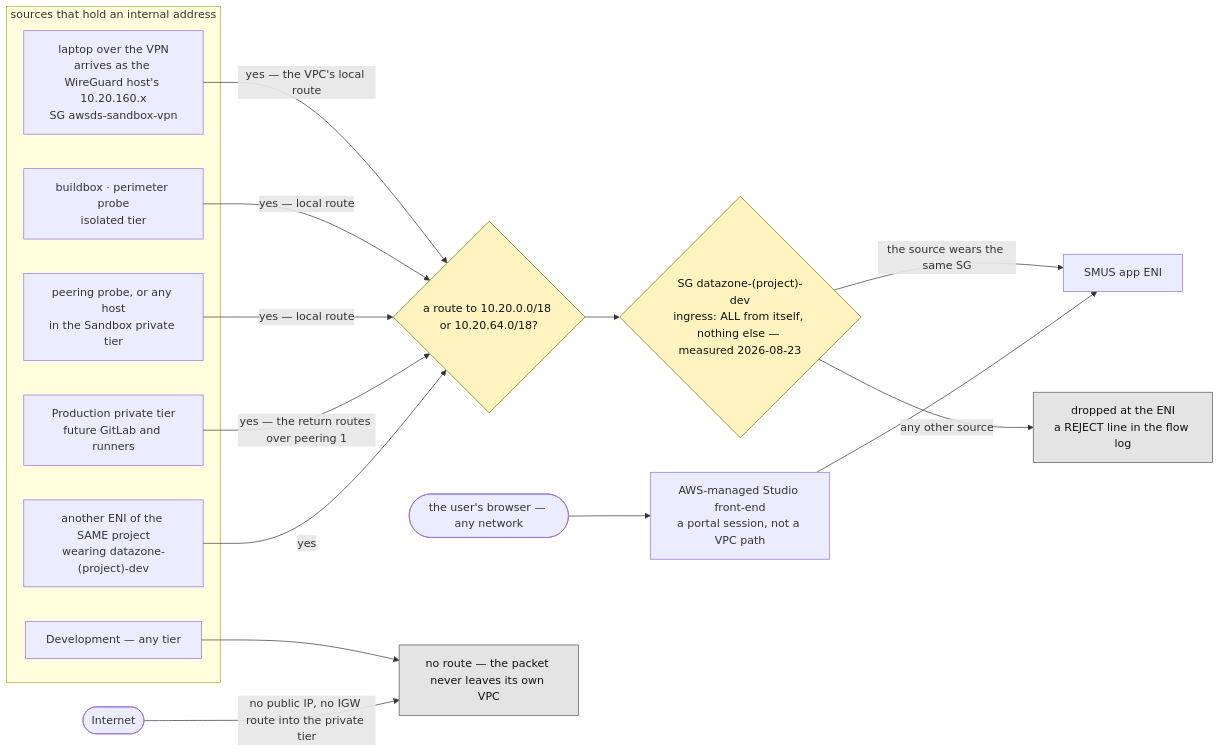
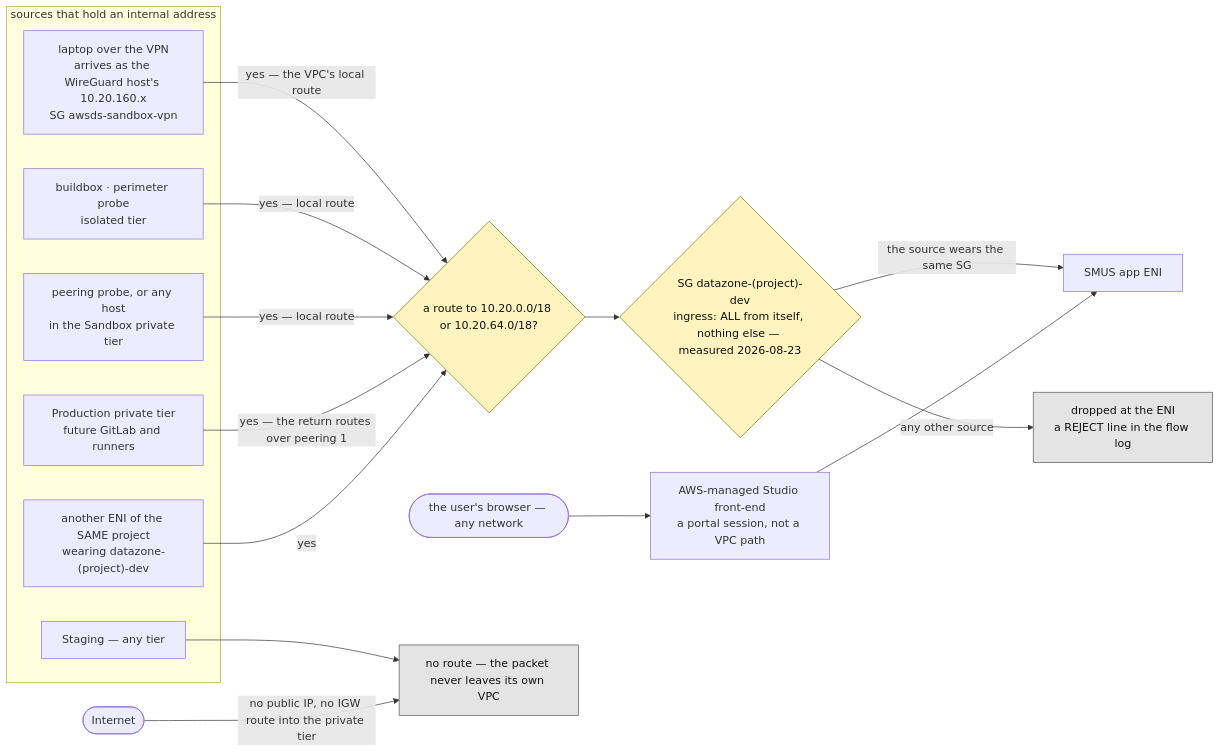
The sixth of 8 diagrams in docs/NETWORK.md (felipenoris/AWS-DataScience), drawn with Mermaid before and after one commit. The commit also changed other lines of this file, not shown here.

````diff
--- a/docs/NETWORK.md
+++ b/docs/NETWORK.md
@@ -541,37 +541,37 @@
 ```mermaid
 flowchart LR
     subgraph SRC["sources that hold an internal address"]
         VPNL["laptop over the VPN<br/>arrives as the WireGuard host's 10.20.160.x<br/>SG awsds-sandbox-vpn"]
         BBX["buildbox · perimeter probe<br/>isolated tier"]
         PRB["peering probe, or any host<br/>in the Sandbox private tier"]
         PRDH["Production private tier<br/>future GitLab and runners"]
-        DEVH["Development — any tier"]
+        DEVH["Staging — any tier"]
         OTHERAPP["another ENI of the SAME project<br/>wearing datazone-(project)-dev"]
     end
     INET(["Internet"])
     BROWSER(["the user's browser — any network"])
     ROUTE{"a route to 10.20.0.0/18 or 10.20.64.0/18?"}
     SG{"SG datazone-(project)-dev<br/>ingress: ALL from itself, nothing else — measured 2026-08-23"}
     APP["SMUS app ENI"]
     DROP["dropped at the ENI<br/>a REJECT line in the flow log"]
     NOROUTE["no route — the packet never leaves its own VPC"]
     FRONT["AWS-managed Studio front-end<br/>a portal session, not a VPC path"]
 
     VPNL -->|"yes — the VPC's local route"| ROUTE
     BBX -->|"yes — local route"| ROUTE
     PRB -->|"yes — local route"| ROUTE
     PRDH -->|"yes — the return routes over peering 1"| ROUTE
     OTHERAPP -->|"yes"| ROUTE
     DEVH --> NOROUTE
     INET -->|"no public IP, no IGW route into the private tier"| NOROUTE
     ROUTE --> SG
     SG -->|"the source wears the same SG"| APP
     SG -->|"any other source"| DROP
     BROWSER --> FRONT
     FRONT --> APP
 
     classDef gate fill:#fff3bf,stroke:#8a6d00,color:#111;
     classDef no fill:#e4e4e4,stroke:#555555,color:#111;
     class ROUTE,SG gate;
     class DROP,NOROUTE no;
 ```
````
